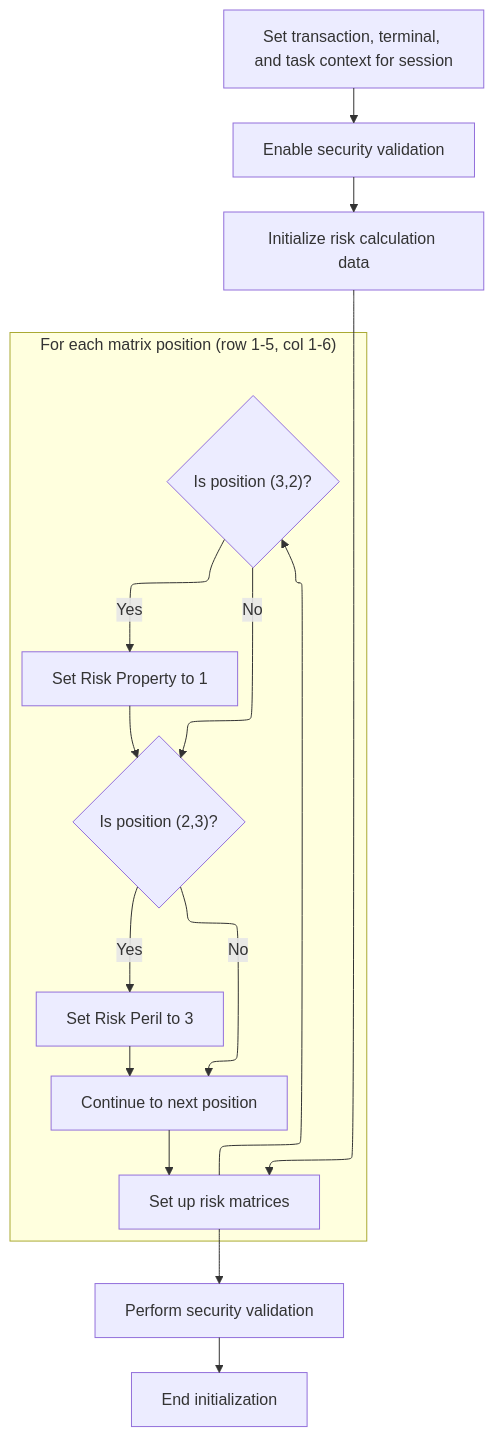
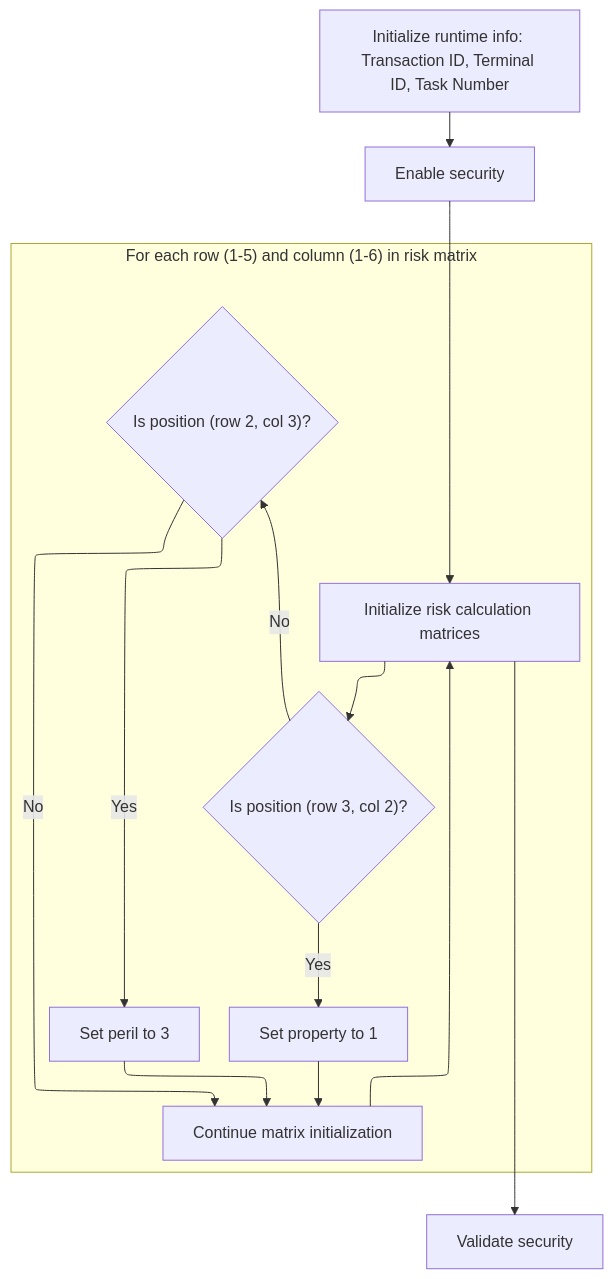
Before and after one commit to Giri-Swimm/Swimmio-genapp-motor: diagram 11 of 15 in .swm/inserting-insurance-policy-data-lgapdb09.xwl743qs.sw.md, drawn with Mermaid. The commit also changed other lines of this file and 17 other files, not shown here.

````diff
--- a/.swm/inserting-insurance-policy-data-lgapdb09.xwl743qs.sw.md
+++ b/.swm/inserting-insurance-policy-data-lgapdb09.xwl743qs.sw.md
@@ -1661,68 +1710,62 @@
 ```mermaid
 %%{init: {"flowchart": {"defaultRenderer": "elk"}} }%%
 flowchart TD
-    node1["Set transaction, terminal, and task context for session"] --> node2["Enable security validation"]
-    click node1 openCode "base/src/lgcomcal.cbl:219:221"
-    click node2 openCode "base/src/lgcomcal.cbl:234:234"
-    node2 --> node3["Initialize risk calculation data"]
-    click node3 openCode "base/src/lgcomcal.cbl:225:225"
-    node3 --> node4["Set up risk matrices"]
-    click node4 openCode "base/src/lgcomcal.cbl:237:249"
-    
-    subgraph loop1["For each matrix position (row 1-5, col 1-6)"]
-        node4 --> node5{"Is position (3,2)?"}
-        click node5 openCode "base/src/lgcomcal.cbl:242:244"
-        node5 -->|"Yes"| node6["Set Risk Property to 1"]
-        click node6 openCode "base/src/lgcomcal.cbl:243:243"
-        node5 -->|"No"| node7
-        node6 --> node7
-        node7{"Is position (2,3)?"}
-        click node7 openCode "base/src/lgcomcal.cbl:245:247"
-        node7 -->|"Yes"| node8["Set Risk Peril to 3"]
-        click node8 openCode "base/src/lgcomcal.cbl:246:246"
-        node7 -->|"No"| node9["Continue to next position"]
-        click node9 openCode "base/src/lgcomcal.cbl:248:248"
-        node8 --> node9
-        node9 --> node4
-    end
-    node4 --> node10["Perform security validation"]
-    click node10 openCode "base/src/lgcomcal.cbl:227:227"
-    node10 --> node11["End initialization"]
-    click node11 openCode "base/src/lgcomcal.cbl:229:229"
+  node1["Initialize runtime info: Transaction ID, Terminal ID, Task Number"]
+  click node1 openCode "base/src/lgcomcal.cbl:218:221"
+  node1 --> node2["Enable security"]
+  click node2 openCode "base/src/lgcomcal.cbl:234:234"
+  node2 --> node3["Initialize risk calculation matrices"]
+  click node3 openCode "base/src/lgcomcal.cbl:233:251"
+
+  subgraph loop1["For each row (1-5) and column (1-6) in risk matrix"]
+    node3 --> node4{"Is position (row 3, col 2)?"}
+    click node4 openCode "base/src/lgcomcal.cbl:242:244"
+    node4 -->|"Yes"| node5["Set property to 1"]
+    click node5 openCode "base/src/lgcomcal.cbl:243:243"
+    node4 -->|"No"| node6{"Is position (row 2, col 3)?"}
+    click node6 openCode "base/src/lgcomcal.cbl:245:247"
+    node6 -->|"Yes"| node7["Set peril to 3"]
+    click node7 openCode "base/src/lgcomcal.cbl:246:246"
+    node6 -->|"No"| node8["Continue matrix initialization"]
+    click node8 openCode "base/src/lgcomcal.cbl:239:241"
+    node5 --> node8
+    node7 --> node8
+    node8 --> node3
+  end
+
+  node3 --> node9["Validate security"]
+  click node9 openCode "base/src/lgcomcal.cbl:227:227"
 
 classDef HeadingStyle fill:#777777,stroke:#333,stroke-width:2px;
 
 %% Swimm:
 %% %%{init: {"flowchart": {"defaultRenderer": "elk"}} }%%
 %% flowchart TD
-%%     node1["Set transaction, terminal, and task context for session"] --> node2["Enable security validation"]
-%%     click node1 openCode "<SwmPath>[base/src/lgcomcal.cbl](base/src/lgcomcal.cbl)</SwmPath>:219:221"
-%%     click node2 openCode "<SwmPath>[base/src/lgcomcal.cbl](base/src/lgcomcal.cbl)</SwmPath>:234:234"
-%%     node2 --> node3["Initialize risk calculation data"]
-%%     click node3 openCode "<SwmPath>[base/src/lgcomcal.cbl](base/src/lgcomcal.cbl)</SwmPath>:225:225"
-%%     node3 --> node4["Set up risk matrices"]
-%%     click node4 openCode "<SwmPath>[base/src/lgcomcal.cbl](base/src/lgcomcal.cbl)</SwmPath>:237:249"
-%%     
-%%     subgraph loop1["For each matrix position (row 1-5, col 1-6)"]
-%%         node4 --> node5{"Is position (3,2)?"}
-%%         click node5 openCode "<SwmPath>[base/src/lgcomcal.cbl](base/src/lgcomcal.cbl)</SwmPath>:242:244"
-%%         node5 -->|"Yes"| node6["Set Risk Property to 1"]
-%%         click node6 openCode "<SwmPath>[base/src/lgcomcal.cbl](base/src/lgcomcal.cbl)</SwmPath>:243:243"
-%%         node5 -->|"No"| node7
-%%         node6 --> node7
-%%         node7{"Is position (2,3)?"}
-%%         click node7 openCode "<SwmPath>[base/src/lgcomcal.cbl](base/src/lgcomcal.cbl)</SwmPath>:245:247"
-%%         node7 -->|"Yes"| node8["Set Risk Peril to 3"]
-%%         click node8 openCode "<SwmPath>[base/src/lgcomcal.cbl](base/src/lgcomcal.cbl)</SwmPath>:246:246"
-%%         node7 -->|"No"| node9["Continue to next position"]
-%%         click node9 openCode "<SwmPath>[base/src/lgcomcal.cbl](base/src/lgcomcal.cbl)</SwmPath>:248:248"
-%%         node8 --> node9
-%%         node9 --> node4
-%%     end
-%%     node4 --> node10["Perform security validation"]
-%%     click node10 openCode "<SwmPath>[base/src/lgcomcal.cbl](base/src/lgcomcal.cbl)</SwmPath>:227:227"
-%%     node10 --> node11["End initialization"]
-%%     click node11 openCode "<SwmPath>[base/src/lgcomcal.cbl](base/src/lgcomcal.cbl)</SwmPath>:229:229"
+%%   node1["Initialize runtime info: Transaction ID, Terminal ID, Task Number"]
+%%   click node1 openCode "<SwmPath>[base/src/lgcomcal.cbl](base/src/lgcomcal.cbl)</SwmPath>:218:221"
+%%   node1 --> node2["Enable security"]
+%%   click node2 openCode "<SwmPath>[base/src/lgcomcal.cbl](base/src/lgcomcal.cbl)</SwmPath>:234:234"
+%%   node2 --> node3["Initialize risk calculation matrices"]
+%%   click node3 openCode "<SwmPath>[base/src/lgcomcal.cbl](base/src/lgcomcal.cbl)</SwmPath>:233:251"
+%% 
+%%   subgraph loop1["For each row (1-5) and column (1-6) in risk matrix"]
+%%     node3 --> node4{"Is position (row 3, col 2)?"}
+%%     click node4 openCode "<SwmPath>[base/src/lgcomcal.cbl](base/src/lgcomcal.cbl)</SwmPath>:242:244"
+%%     node4 -->|"Yes"| node5["Set property to 1"]
+%%     click node5 openCode "<SwmPath>[base/src/lgcomcal.cbl](base/src/lgcomcal.cbl)</SwmPath>:243:243"
+%%     node4 -->|"No"| node6{"Is position (row 2, col 3)?"}
+%%     click node6 openCode "<SwmPath>[base/src/lgcomcal.cbl](base/src/lgcomcal.cbl)</SwmPath>:245:247"
+%%     node6 -->|"Yes"| node7["Set peril to 3"]
+%%     click node7 openCode "<SwmPath>[base/src/lgcomcal.cbl](base/src/lgcomcal.cbl)</SwmPath>:246:246"
+%%     node6 -->|"No"| node8["Continue matrix initialization"]
+%%     click node8 openCode "<SwmPath>[base/src/lgcomcal.cbl](base/src/lgcomcal.cbl)</SwmPath>:239:241"
+%%     node5 --> node8
+%%     node7 --> node8
+%%     node8 --> node3
+%%   end
+%% 
+%%   node3 --> node9["Validate security"]
+%%   click node9 openCode "<SwmPath>[base/src/lgcomcal.cbl](base/src/lgcomcal.cbl)</SwmPath>:227:227"
 %% 
 %% classDef HeadingStyle fill:#777777,stroke:#333,stroke-width:2px;
 ```
````
